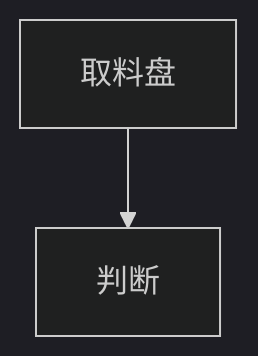
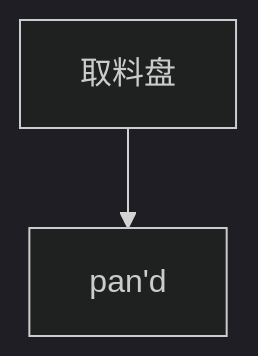
Before and after one commit to zmq000/iodraw-files: the diagram in all/未命名-1.md, drawn with Mermaid (dark theme).

Commit message:
2026-10-20 09:41:24 update

````diff
--- a/all/未命名-1.md
+++ b/all/未命名-1.md
@@ -1,5 +1,5 @@
 ```mermaid
 graph TD
 0[取料盘]-->10
-10[判断]
+10[pan'd]
 ```
````
